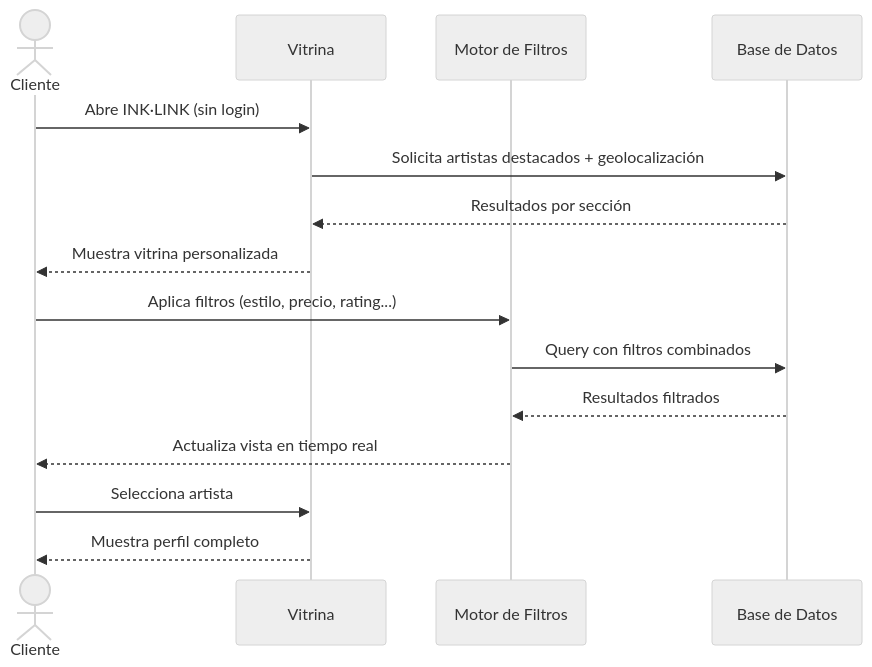
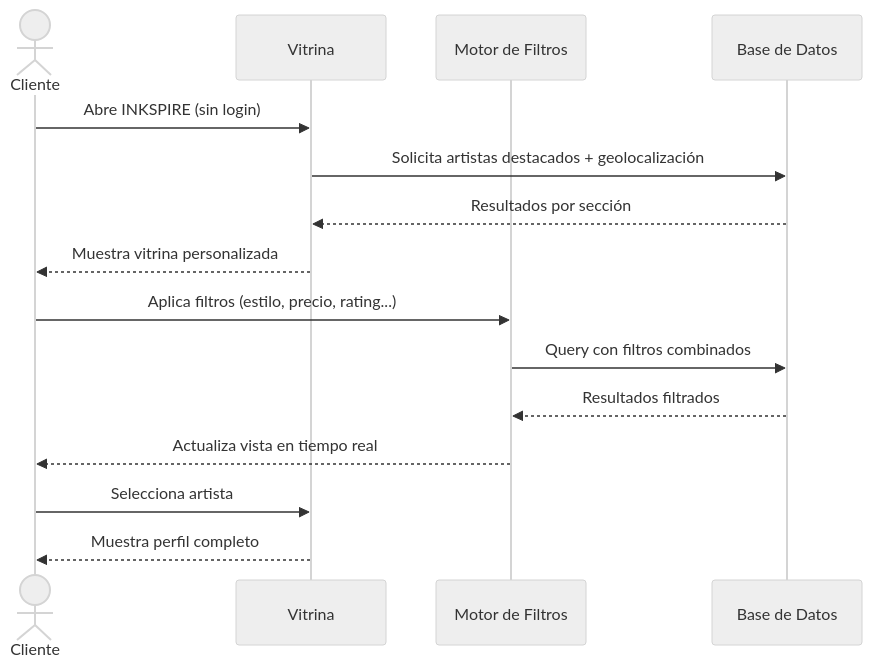
One commit to LIDR-academy/AI4Devs-finalproject changed the fifth of 14 diagrams in docs/documentacion.md. Above: the diagram before and after it, drawn with Mermaid (neutral theme). The commit also changed other lines of this file and 26 other files, not shown here.

First line of the commit message:
docs: rebrand INK·LINK → INKSPIRE en toda la documentación

````diff
--- a/docs/documentacion.md
+++ b/docs/documentacion.md
@@ -307,18 +307,18 @@
 ```mermaid
 sequenceDiagram
     actor C as Cliente
     participant V as Vitrina
     participant F as Motor de Filtros
     participant DB as Base de Datos
 
-    C->>V: Abre INK·LINK (sin login)
+    C->>V: Abre INKSPIRE (sin login)
     V->>DB: Solicita artistas destacados + geolocalización
     DB-->>V: Resultados por sección
     V-->>C: Muestra vitrina personalizada
     C->>F: Aplica filtros (estilo, precio, rating...)
     F->>DB: Query con filtros combinados
     DB-->>F: Resultados filtrados
     F-->>C: Actualiza vista en tiempo real
     C->>V: Selecciona artista
     V-->>C: Muestra perfil completo
 ```
````
